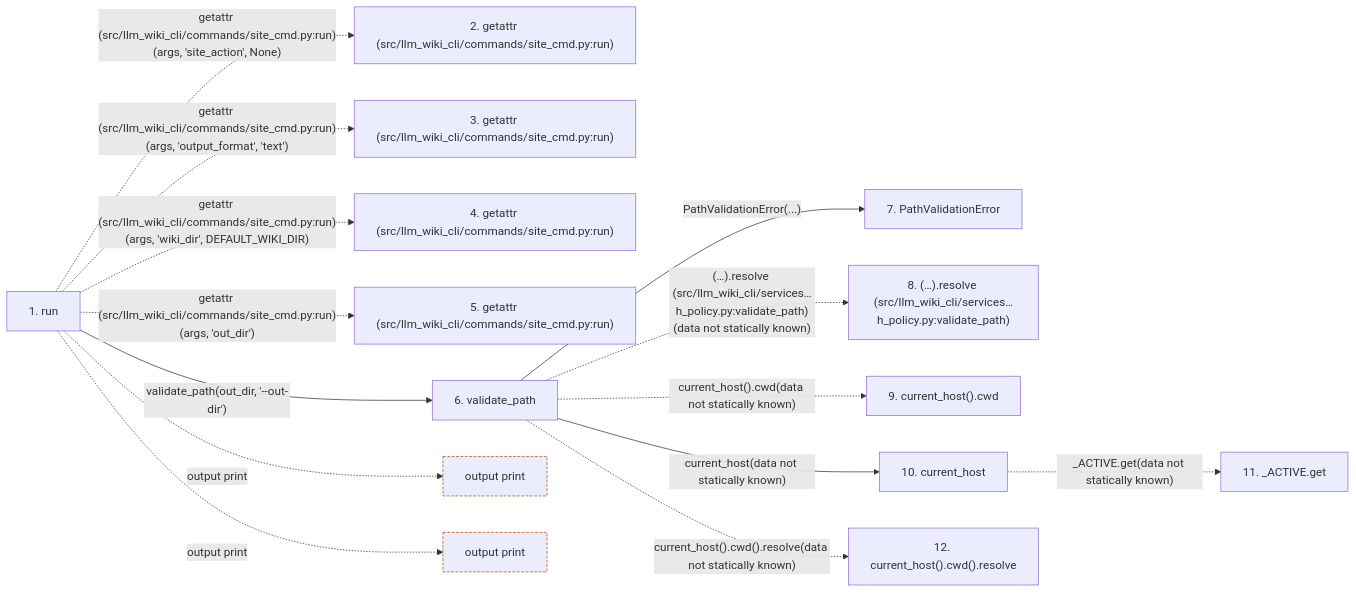
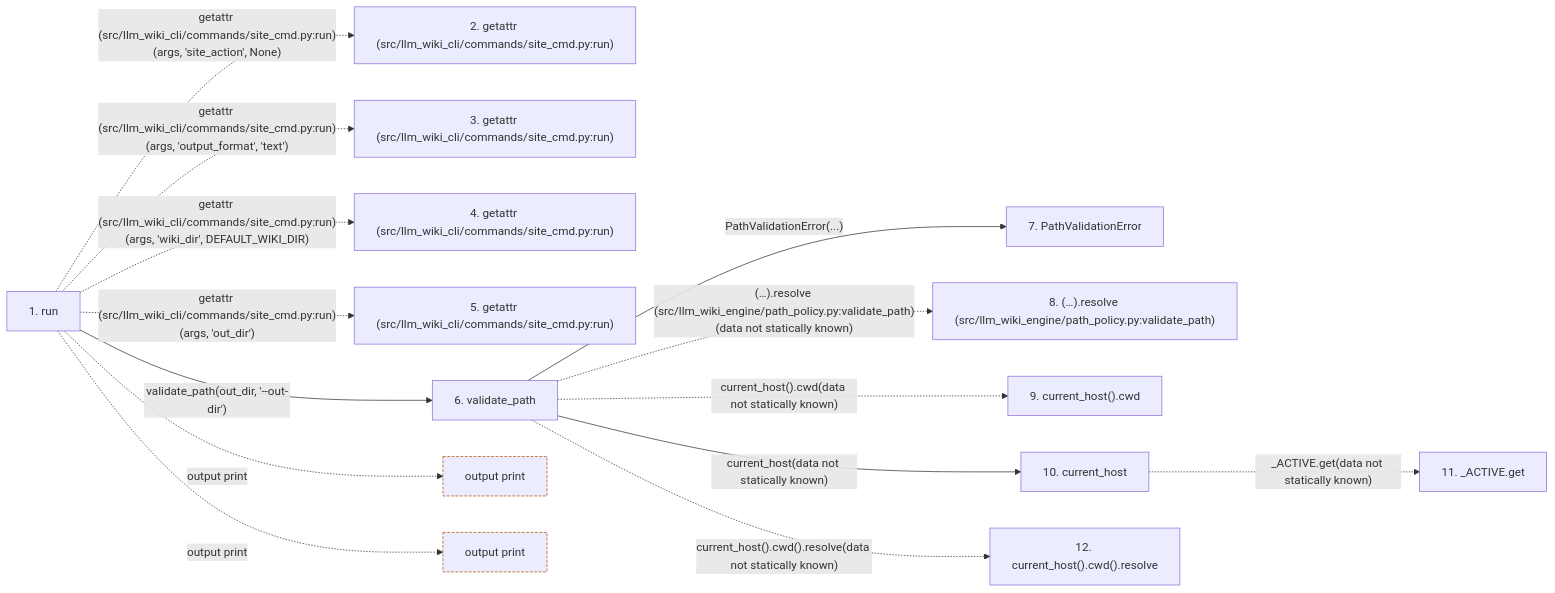
The second of 2 diagrams in docs/llm_wiki/flows/cli-site.md (Denissvgn/python-wiki-llm), drawn with Mermaid before and after one commit. The commit also changed other lines of this file and 739 other files, not shown here.

First line of the commit message:
docs: refresh the wiki for the second engine batch

````diff
--- a/docs/llm_wiki/flows/cli-site.md
+++ b/docs/llm_wiki/flows/cli-site.md
@@ -166,37 +166,37 @@
 ```mermaid
 flowchart LR
     s1["1. run"]
     s2["2. getattr (src/llm_wiki_cli/commands/site_cmd.py:run)"]
     s3["3. getattr (src/llm_wiki_cli/commands/site_cmd.py:run)"]
     s4["4. getattr (src/llm_wiki_cli/commands/site_cmd.py:run)"]
     s5["5. getattr (src/llm_wiki_cli/commands/site_cmd.py:run)"]
     s6["6. validate_path"]
     s7["7. PathValidationError"]
-    s8["8. (…).resolve (src/llm_wiki_cli/services…h_policy.py:validate_path)"]
+    s8["8. (…).resolve (src/llm_wiki_engine/path_policy.py:validate_path)"]
     s9["9. current_host().cwd"]
     s10["10. current_host"]
     s11["11. _ACTIVE.get"]
     s12["12. current_host().cwd().resolve"]
     s1 -. "getattr (src/llm_wiki_cli/commands/site_cmd.py:run)(args, 'site_action', None)" .-> s2
     s1 -. "getattr (src/llm_wiki_cli/commands/site_cmd.py:run)(args, 'output_format', 'text')" .-> s3
     s1 -. "getattr (src/llm_wiki_cli/commands/site_cmd.py:run)(args, 'wiki_dir', DEFAULT_WIKI_DIR)" .-> s4
     s1 -. "getattr (src/llm_wiki_cli/commands/site_cmd.py:run)(args, 'out_dir')" .-> s5
     s1 -->|"validate_path(out_dir, '--out-dir')"| s6
     s6 -->|"PathValidationError(...)"| s7
-    s6 -. "(…).resolve (src/llm_wiki_cli/services…h_policy.py:validate_path)(data not statically known)" .-> s8
+    s6 -. "(…).resolve (src/llm_wiki_engine/path_policy.py:validate_path)(data not statically known)" .-> s8
     s6 -. "current_host().cwd(data not statically known)" .-> s9
     s6 -->|"current_host(data not statically known)"| s10
     s10 -. "_ACTIVE.get(data not statically known)" .-> s11
     s6 -. "current_host().cwd().resolve(data not statically known)" .-> s12
     b0["output print"]
     s1 -. "output print" .-> b0
     b1["output print"]
     s1 -. "output print" .-> b1
     click s1 "../modules/site_cmd.md"
     click s6 "../modules/path_policy.md"
     click s7 "../modules/path_policy.md"
     click s10 "../modules/host.md"
     classDef boundary stroke:#b45309,stroke-dasharray: 4 2
     class b0 boundary
     class b1 boundary
 ```
````
